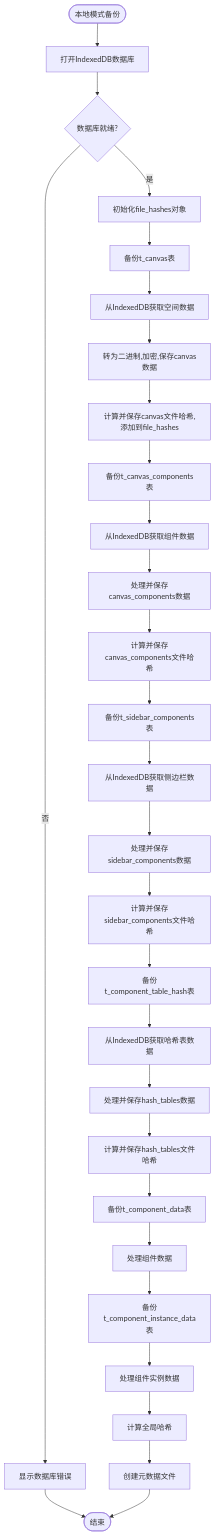
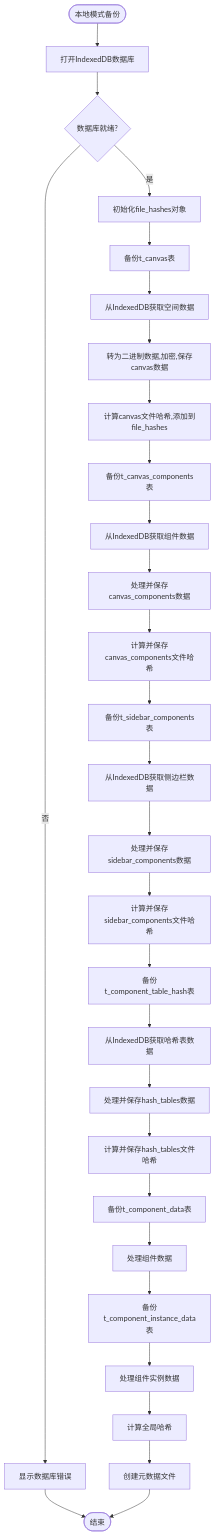
Before and after one commit to yingjianzh/iodraw-files: the diagram in all/未命名-56.md, drawn with Mermaid.

Commit message:
2025-05-12 14:13:49 update

````diff
--- a/all/未命名-56.md
+++ b/all/未命名-56.md
@@ -1,44 +1,44 @@
 ```mermaid
 
 flowchart TD
     Start([本地模式备份]) --> OpenDB[打开IndexedDB数据库]
     OpenDB --> DBReady{数据库就绪?}
     
     DBReady -->|否| ShowDBError[显示数据库错误]
     DBReady -->|是| InitHashObject[初始化file_hashes对象]
     
     ShowDBError --> End([结束])
     
     InitHashObject --> BackupCanvas[备份t_canvas表]
     BackupCanvas --> GetCanvasFromDB[从IndexedDB获取空间数据]
-    GetCanvasFromDB --> ProcessCanvasFile[转为二进制,加密,保存canvas数据]
-    ProcessCanvasFile --> AddCanvasHash[计算并保存canvas文件哈希,添加到file_hashes]
+    GetCanvasFromDB --> ProcessCanvasFile[转为二进制数据,加密,保存canvas数据]
+    ProcessCanvasFile --> AddCanvasHash[计算canvas文件哈希,添加到file_hashes]
     
     AddCanvasHash --> BackupCanvasComps[备份t_canvas_components表]
     BackupCanvasComps --> GetCanvasCompsFromDB[从IndexedDB获取组件数据]
     GetCanvasCompsFromDB --> ProcessCanvasCompsFile[处理并保存canvas_components数据]
     ProcessCanvasCompsFile --> AddCanvasCompsHash[计算并保存canvas_components文件哈希]
     
     AddCanvasCompsHash --> BackupSidebarComps[备份t_sidebar_components表]
     BackupSidebarComps --> GetSidebarCompsFromDB[从IndexedDB获取侧边栏数据]
     GetSidebarCompsFromDB --> ProcessSidebarCompsFile[处理并保存sidebar_components数据]
     ProcessSidebarCompsFile --> AddSidebarCompsHash[计算并保存sidebar_components文件哈希]
     
     AddSidebarCompsHash --> BackupHashTables[备份t_component_table_hash表]
     BackupHashTables --> GetHashTablesFromDB[从IndexedDB获取哈希表数据]
     GetHashTablesFromDB --> ProcessHashTablesFile[处理并保存hash_tables数据]
     ProcessHashTablesFile --> AddHashTablesHash[计算并保存hash_tables文件哈希]
     
     AddHashTablesHash --> BackupCompData[备份t_component_data表]
     BackupCompData --> ProcessCompData[处理组件数据]
     
     ProcessCompData --> BackupInstData[备份t_component_instance_data表]
     BackupInstData --> ProcessInstData[处理组件实例数据]
     
     ProcessInstData --> CalculateGlobalHash[计算全局哈希]
     CalculateGlobalHash --> CreateMetadataFile[创建元数据文件]
     
     CreateMetadataFile --> End
 
 
 ```
````
